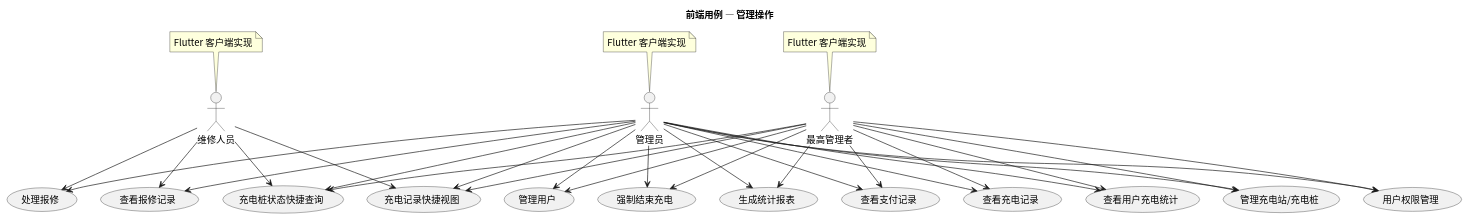
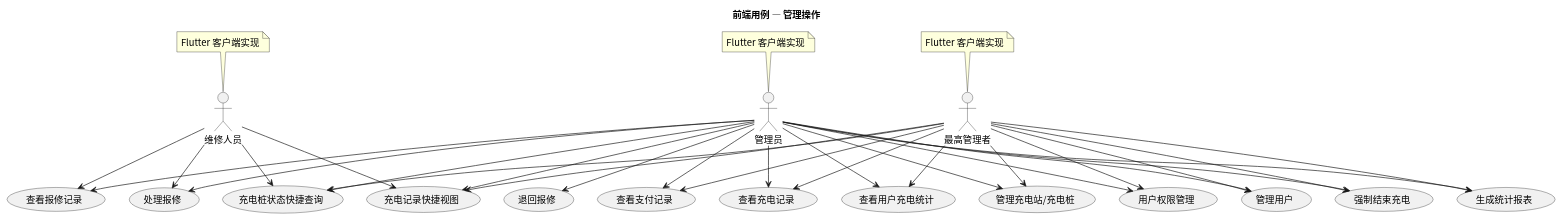
The diagram in usecase/docs/frontend/src/frontend_admin_usecases.puml (greenhandzdl/charging-station-doc), drawn with PlantUML before and after one commit. The commit also changed 18 other files, not shown here.

First line of the commit message:
fix: 第1轮评估修复完结 — 强制结束补充审计日志、密码重置时序图、安全注解补充

```diff
--- a/usecase/docs/frontend/src/frontend_admin_usecases.puml
+++ b/usecase/docs/frontend/src/frontend_admin_usecases.puml
@@ -1,54 +1,56 @@
 @startuml
 skinparam defaultFontName "Noto Sans CJK SC"
 skinparam defaultFontSize 14
 title 前端用例 — 管理操作
 skinparam useCaseShape rectangle
 
 actor "管理员" as A
 actor "维修人员" as M
 actor "最高管理者" as SA
 
 note top of A : Flutter 客户端实现
 note top of M : Flutter 客户端实现
 note top of SA : Flutter 客户端实现
 
 usecase "处理报修" as HR
 usecase "管理充电站/充电桩" as MM
 usecase "用户权限管理" as PM
 usecase "管理用户" as MU
 usecase "强制结束充电" as FSC
 usecase "生成统计报表" as GS
 usecase "充电桩状态快捷查询" as QC
 usecase "查看报修记录" as VR
 usecase "查看支付记录" as VPR
 usecase "查看充电记录" as VCR
 usecase "充电记录快捷视图" as QV
 usecase "查看用户充电统计" as UCS
+usecase "退回报修" as RR
 
 A --> HR
 A --> VR
 A --> MM
 A --> PM
 A --> MU
 A --> FSC
 A --> GS
 A --> QC
 A --> QV
 A --> VCR
 A --> VPR
 A --> UCS
+A --> RR
 M --> HR
 M --> VR
 M --> QV
 M --> QC
 SA --> MM
 SA --> PM
 SA --> MU
 SA --> FSC
 SA --> GS
 SA --> VCR
 SA --> QC
 SA --> QV
 SA --> VPR
 SA --> UCS
 @enduml
```
